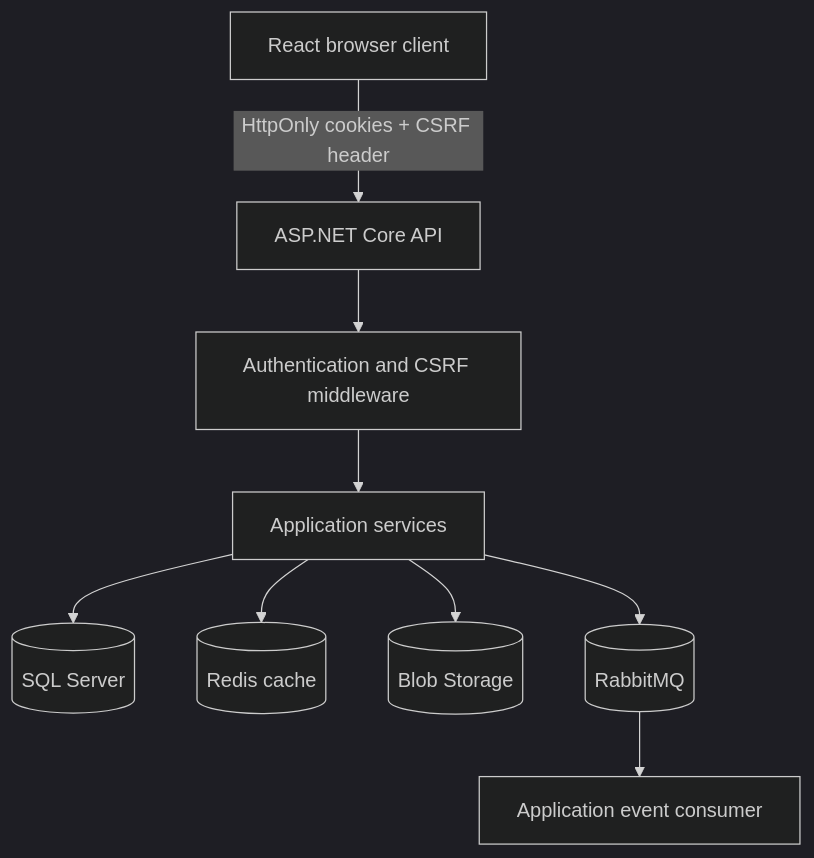
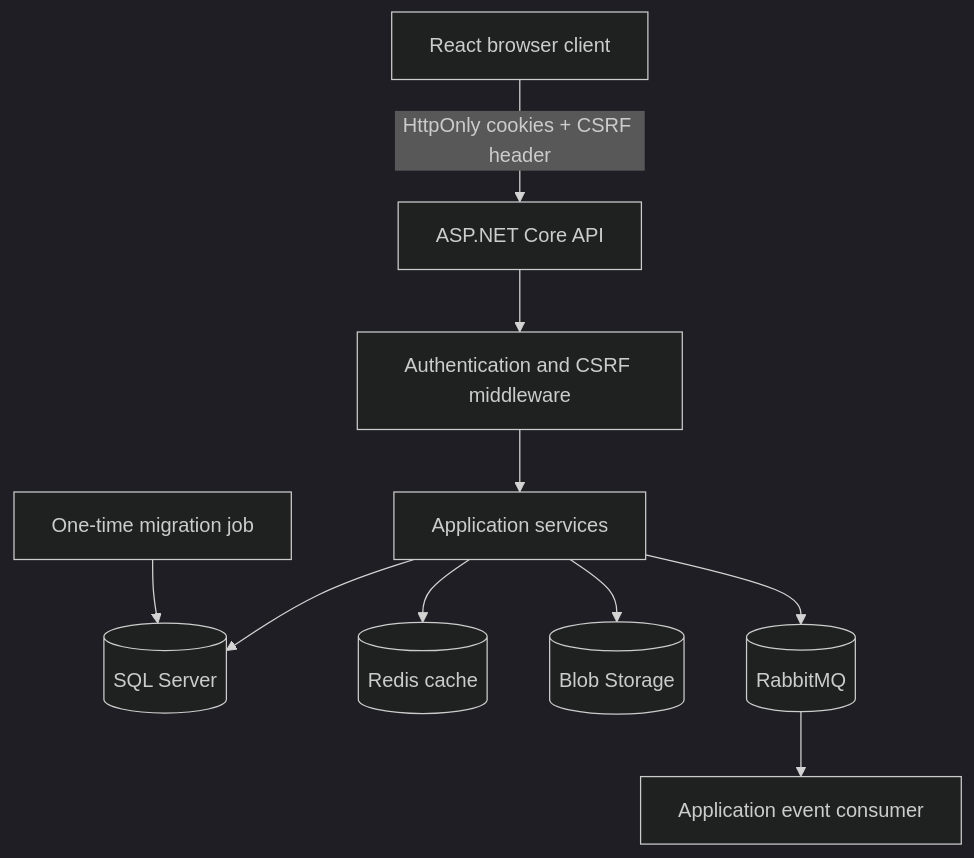
One commit to adheebabdulla007/pursuit changed the first of 4 diagrams in docs/architecture.md. Above: the diagram before and after it, drawn with Mermaid (dark theme). The commit also changed other lines of this file and 3 other files, not shown here.

````diff
--- a/docs/architecture.md
+++ b/docs/architecture.md
@@ -7,21 +7,23 @@
 ```mermaid
 flowchart TB
     Browser[React browser client]
     API[ASP.NET Core API]
     Auth[Authentication and CSRF middleware]
     App[Application services]
     SQL[(SQL Server)]
     Redis[(Redis cache)]
     Blob[(Blob Storage)]
     Rabbit[(RabbitMQ)]
     Consumer[Application event consumer]
+    Migration[One-time migration job]
 
     Browser -->|HttpOnly cookies + CSRF header| API
     API --> Auth
     Auth --> App
     App --> SQL
     App --> Redis
     App --> Blob
     App --> Rabbit
     Rabbit --> Consumer
+    Migration --> SQL
 ```
````
